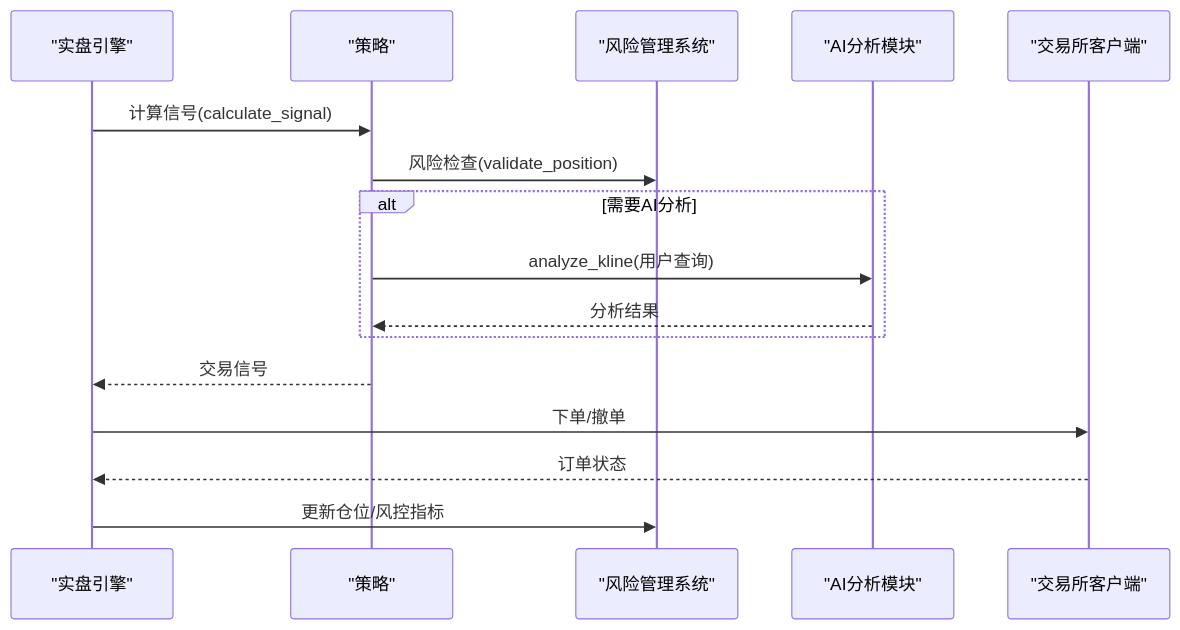
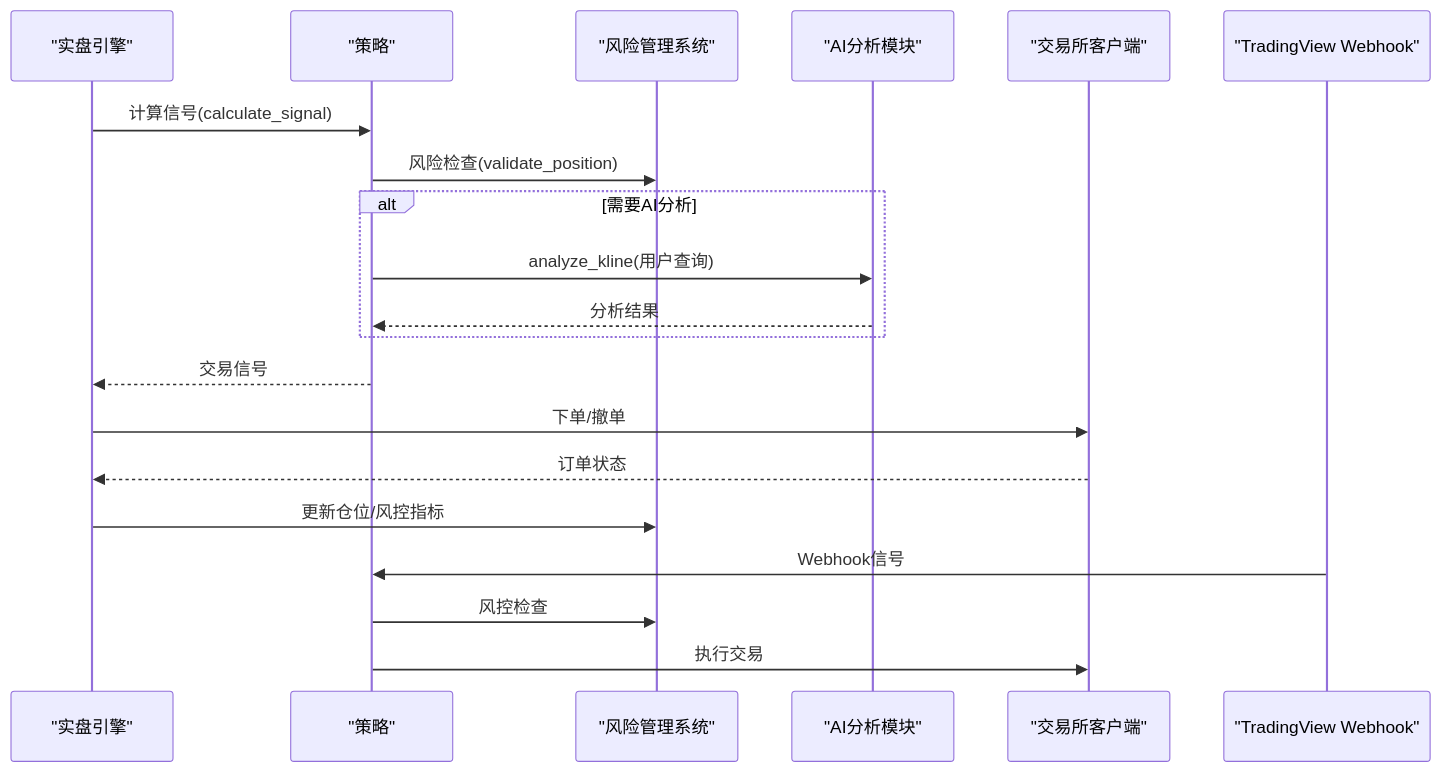
Before and after one commit to zyf266/ending: the second of 10 diagrams in .qoder/repowiki/zh/content/核心模块详解/策略框架/具体策略实现/具体策略实现.md, drawn with Mermaid. The commit also changed other lines of this file and 63 other files, not shown here.

````diff
--- a/.qoder/repowiki/zh/content/核心模块详解/策略框架/具体策略实现/具体策略实现.md
+++ b/.qoder/repowiki/zh/content/核心模块详解/策略框架/具体策略实现/具体策略实现.md
@@ -86,18 +113,22 @@
 ```mermaid
 sequenceDiagram
 participant Engine as "实盘引擎"
 participant Strat as "策略"
 participant Risk as "风险管理系统"
 participant AI as "AI分析模块"
 participant Exec as "交易所客户端"
+participant TV as "TradingView Webhook"
 Engine->>Strat : 计算信号(calculate_signal)
 Strat->>Risk : 风险检查(validate_position)
 alt 需要AI分析
 Strat->>AI : analyze_kline(用户查询)
 AI-->>Strat : 分析结果
 end
 Strat-->>Engine : 交易信号
 Engine->>Exec : 下单/撤单
 Exec-->>Engine : 订单状态
 Engine->>Risk : 更新仓位/风控指标
+TV->>Strat : Webhook信号
+Strat->>Risk : 风控检查
+Strat->>Exec : 执行交易
 ```
````
